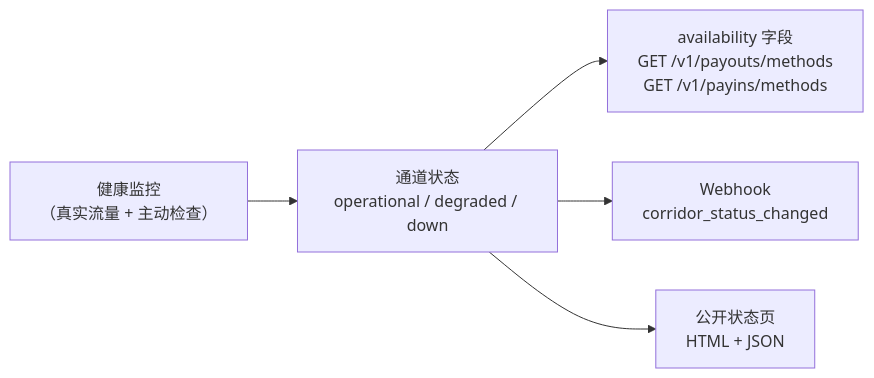
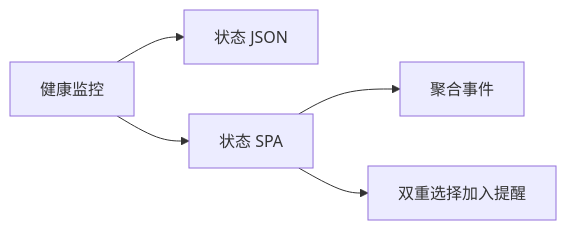
One commit to CBpayapp/cbpay-docs changed the diagram in mcp-pack/guides/zh/service-status.md. Above: the diagram before and after it, drawn with Mermaid. The commit also changed other lines of this file and 26 other files, not shown here.

````diff
--- a/mcp-pack/guides/zh/service-status.md
+++ b/mcp-pack/guides/zh/service-status.md
@@ -16,7 +14,7 @@
 ```mermaid
 flowchart LR
-    monitor["健康监控<br/>（真实流量 + 主动检查）"] --> state["通道状态<br/>operational / degraded / down"]
-    state --> catalog["availability 字段<br/>GET /v1/payouts/methods<br/>GET /v1/payins/methods"]
-    state --> hook["Webhook<br/>corridor_status_changed"]
-    state --> page["公开状态页<br/>HTML + JSON"]
+    monitor["健康监控"] --> api["状态 JSON"]
+    monitor --> page["状态 SPA"]
+    page --> incidents["聚合事件"]
+    page --> alerts["双重选择加入提醒"]
 ```
````
